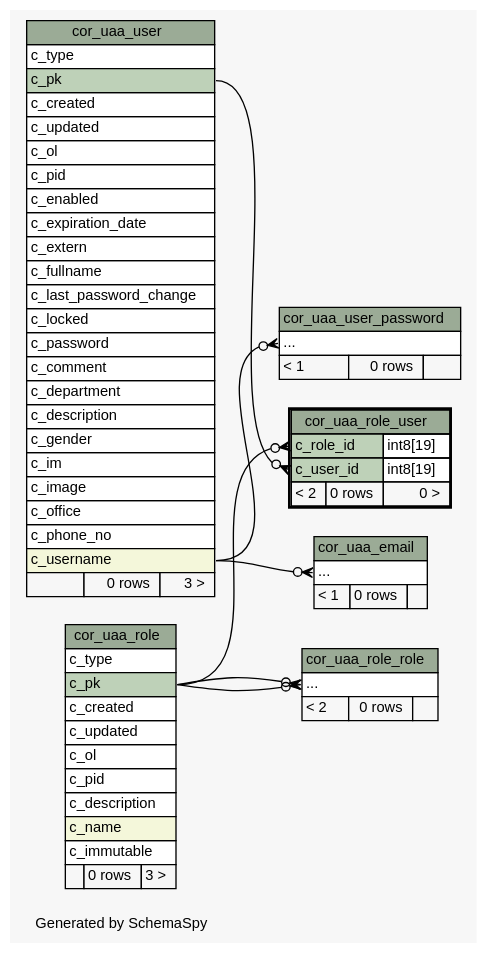
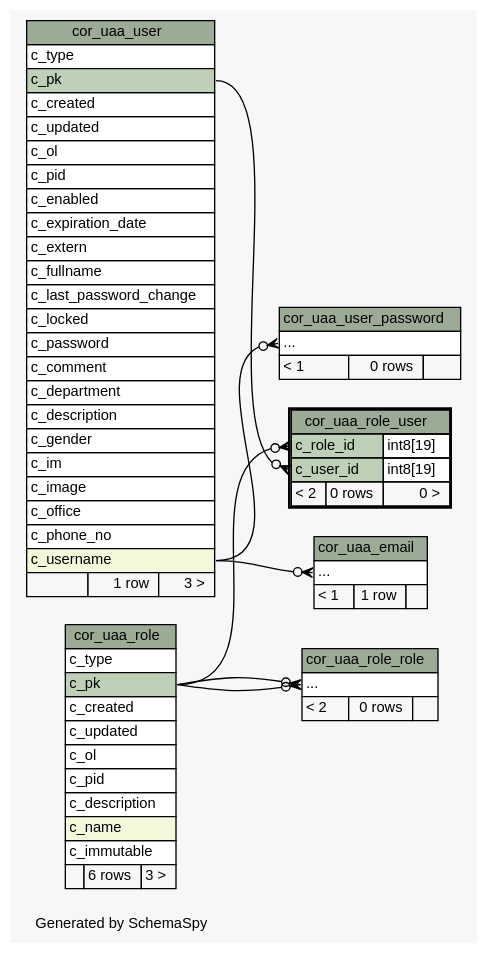
The diagram in 1.1.0-SNAPSHOT/schemaspy/diagrams/cor_uaa_role_user.2degrees.dot (openwms/org.openwms.core.uaa), drawn with Graphviz before and after one commit. The commit also changed 240 other files, not shown here.

```diff
--- a/1.1.0-SNAPSHOT/schemaspy/diagrams/cor_uaa_role_user.2degrees.dot
+++ b/1.1.0-SNAPSHOT/schemaspy/diagrams/cor_uaa_role_user.2degrees.dot
@@ -1,118 +1,118 @@
-// dot 2.43.0 on Linux 5.4.0-1039-azure
+// dot 2.43.0 on Linux 5.4.0-1043-azure
 // SchemaSpy rev Unknown
 digraph "twoDegreesRelationshipsDiagram" {
   graph [
     rankdir="RL"
     bgcolor="#f7f7f7"
     label="\nGenerated by SchemaSpy"
     labeljust="l"
     nodesep="0.18"
     ranksep="0.46"
     fontname="Helvetica"
     fontsize="11"
   ];
   node [
     fontname="Helvetica"
     fontsize="11"
     shape="plaintext"
   ];
   edge [
     arrowsize="0.8"
   ];
   "cor_uaa_email":"elipses":w -> "cor_uaa_user":"c_username":e [arrowhead=none dir=back arrowtail=crowodot];
   "cor_uaa_role_role":"elipses":w -> "cor_uaa_role":"c_pk":e [arrowhead=none dir=back arrowtail=crowodot];
   "cor_uaa_role_role":"elipses":w -> "cor_uaa_role":"c_pk":e [arrowhead=none dir=back arrowtail=crowodot];
   "cor_uaa_role_user":"c_role_id":w -> "cor_uaa_role":"c_pk":e [arrowhead=none dir=back arrowtail=crowodot];
   "cor_uaa_role_user":"c_user_id":w -> "cor_uaa_user":"c_pk":e [arrowhead=none dir=back arrowtail=crowodot];
   "cor_uaa_user_password":"elipses":w -> "cor_uaa_user":"c_username":e [arrowhead=none dir=back arrowtail=crowodot];
   "cor_uaa_email" [
     label=<
     <TABLE BORDER="0" CELLBORDER="1" CELLSPACING="0" BGCOLOR="#ffffff">
       <TR><TD COLSPAN="3" BGCOLOR="#9bab96" ALIGN="CENTER">cor_uaa_email</TD></TR>
       <TR><TD PORT="elipses" COLSPAN="3" ALIGN="LEFT">...</TD></TR>
-      <TR><TD ALIGN="LEFT" BGCOLOR="#f7f7f7">&lt; 1</TD><TD ALIGN="RIGHT" BGCOLOR="#f7f7f7">0 rows</TD><TD ALIGN="RIGHT" BGCOLOR="#f7f7f7">  </TD></TR>
+      <TR><TD ALIGN="LEFT" BGCOLOR="#f7f7f7">&lt; 1</TD><TD ALIGN="RIGHT" BGCOLOR="#f7f7f7">1 row</TD><TD ALIGN="RIGHT" BGCOLOR="#f7f7f7">  </TD></TR>
     </TABLE>>
     URL="cor_uaa_email.html"
     tooltip="cor_uaa_email"
   ];
   "cor_uaa_role" [
     label=<
     <TABLE BORDER="0" CELLBORDER="1" CELLSPACING="0" BGCOLOR="#ffffff">
       <TR><TD COLSPAN="3" BGCOLOR="#9bab96" ALIGN="CENTER">cor_uaa_role</TD></TR>
       <TR><TD PORT="c_type" COLSPAN="3" ALIGN="LEFT">c_type</TD></TR>
       <TR><TD PORT="c_pk" COLSPAN="3" BGCOLOR="#bed1b8" ALIGN="LEFT">c_pk</TD></TR>
       <TR><TD PORT="c_created" COLSPAN="3" ALIGN="LEFT">c_created</TD></TR>
       <TR><TD PORT="c_updated" COLSPAN="3" ALIGN="LEFT">c_updated</TD></TR>
       <TR><TD PORT="c_ol" COLSPAN="3" ALIGN="LEFT">c_ol</TD></TR>
       <TR><TD PORT="c_pid" COLSPAN="3" ALIGN="LEFT">c_pid</TD></TR>
       <TR><TD PORT="c_description" COLSPAN="3" ALIGN="LEFT">c_description</TD></TR>
       <TR><TD PORT="c_name" COLSPAN="3" BGCOLOR="#f4f7da" ALIGN="LEFT">c_name</TD></TR>
       <TR><TD PORT="c_immutable" COLSPAN="3" ALIGN="LEFT">c_immutable</TD></TR>
-      <TR><TD ALIGN="LEFT" BGCOLOR="#f7f7f7">  </TD><TD ALIGN="RIGHT" BGCOLOR="#f7f7f7">0 rows</TD><TD ALIGN="RIGHT" BGCOLOR="#f7f7f7">3 &gt;</TD></TR>
+      <TR><TD ALIGN="LEFT" BGCOLOR="#f7f7f7">  </TD><TD ALIGN="RIGHT" BGCOLOR="#f7f7f7">6 rows</TD><TD ALIGN="RIGHT" BGCOLOR="#f7f7f7">3 &gt;</TD></TR>
     </TABLE>>
     URL="cor_uaa_role.html"
     tooltip="cor_uaa_role"
   ];
   "cor_uaa_role_role" [
     label=<
     <TABLE BORDER="0" CELLBORDER="1" CELLSPACING="0" BGCOLOR="#ffffff">
       <TR><TD COLSPAN="3" BGCOLOR="#9bab96" ALIGN="CENTER">cor_uaa_role_role</TD></TR>
       <TR><TD PORT="elipses" COLSPAN="3" ALIGN="LEFT">...</TD></TR>
       <TR><TD ALIGN="LEFT" BGCOLOR="#f7f7f7">&lt; 2</TD><TD ALIGN="RIGHT" BGCOLOR="#f7f7f7">0 rows</TD><TD ALIGN="RIGHT" BGCOLOR="#f7f7f7">  </TD></TR>
     </TABLE>>
     URL="cor_uaa_role_role.html"
     tooltip="cor_uaa_role_role"
   ];
   "cor_uaa_role_user" [
     label=<
     <TABLE BORDER="2" CELLBORDER="1" CELLSPACING="0" BGCOLOR="#ffffff">
       <TR><TD COLSPAN="3" BGCOLOR="#9bab96" ALIGN="CENTER">cor_uaa_role_user</TD></TR>
       <TR><TD PORT="c_role_id" COLSPAN="2" BGCOLOR="#bed1b8" ALIGN="LEFT">c_role_id</TD><TD PORT="c_role_id.type" ALIGN="LEFT">int8[19]</TD></TR>
       <TR><TD PORT="c_user_id" COLSPAN="2" BGCOLOR="#bed1b8" ALIGN="LEFT">c_user_id</TD><TD PORT="c_user_id.type" ALIGN="LEFT">int8[19]</TD></TR>
       <TR><TD ALIGN="LEFT" BGCOLOR="#f7f7f7">&lt; 2</TD><TD ALIGN="RIGHT" BGCOLOR="#f7f7f7">0 rows</TD><TD ALIGN="RIGHT" BGCOLOR="#f7f7f7">0 &gt;</TD></TR>
     </TABLE>>
     URL="cor_uaa_role_user.html"
     tooltip="cor_uaa_role_user"
   ];
   "cor_uaa_user" [
     label=<
     <TABLE BORDER="0" CELLBORDER="1" CELLSPACING="0" BGCOLOR="#ffffff">
       <TR><TD COLSPAN="3" BGCOLOR="#9bab96" ALIGN="CENTER">cor_uaa_user</TD></TR>
       <TR><TD PORT="c_type" COLSPAN="3" ALIGN="LEFT">c_type</TD></TR>
       <TR><TD PORT="c_pk" COLSPAN="3" BGCOLOR="#bed1b8" ALIGN="LEFT">c_pk</TD></TR>
       <TR><TD PORT="c_created" COLSPAN="3" ALIGN="LEFT">c_created</TD></TR>
       <TR><TD PORT="c_updated" COLSPAN="3" ALIGN="LEFT">c_updated</TD></TR>
       <TR><TD PORT="c_ol" COLSPAN="3" ALIGN="LEFT">c_ol</TD></TR>
       <TR><TD PORT="c_pid" COLSPAN="3" ALIGN="LEFT">c_pid</TD></TR>
       <TR><TD PORT="c_enabled" COLSPAN="3" ALIGN="LEFT">c_enabled</TD></TR>
       <TR><TD PORT="c_expiration_date" COLSPAN="3" ALIGN="LEFT">c_expiration_date</TD></TR>
       <TR><TD PORT="c_extern" COLSPAN="3" ALIGN="LEFT">c_extern</TD></TR>
       <TR><TD PORT="c_fullname" COLSPAN="3" ALIGN="LEFT">c_fullname</TD></TR>
       <TR><TD PORT="c_last_password_change" COLSPAN="3" ALIGN="LEFT">c_last_password_change</TD></TR>
       <TR><TD PORT="c_locked" COLSPAN="3" ALIGN="LEFT">c_locked</TD></TR>
       <TR><TD PORT="c_password" COLSPAN="3" ALIGN="LEFT">c_password</TD></TR>
       <TR><TD PORT="c_comment" COLSPAN="3" ALIGN="LEFT">c_comment</TD></TR>
       <TR><TD PORT="c_department" COLSPAN="3" ALIGN="LEFT">c_department</TD></TR>
       <TR><TD PORT="c_description" COLSPAN="3" ALIGN="LEFT">c_description</TD></TR>
       <TR><TD PORT="c_gender" COLSPAN="3" ALIGN="LEFT">c_gender</TD></TR>
       <TR><TD PORT="c_im" COLSPAN="3" ALIGN="LEFT">c_im</TD></TR>
       <TR><TD PORT="c_image" COLSPAN="3" ALIGN="LEFT">c_image</TD></TR>
       <TR><TD PORT="c_office" COLSPAN="3" ALIGN="LEFT">c_office</TD></TR>
       <TR><TD PORT="c_phone_no" COLSPAN="3" ALIGN="LEFT">c_phone_no</TD></TR>
       <TR><TD PORT="c_username" COLSPAN="3" BGCOLOR="#f4f7da" ALIGN="LEFT">c_username</TD></TR>
-      <TR><TD ALIGN="LEFT" BGCOLOR="#f7f7f7">  </TD><TD ALIGN="RIGHT" BGCOLOR="#f7f7f7">0 rows</TD><TD ALIGN="RIGHT" BGCOLOR="#f7f7f7">3 &gt;</TD></TR>
+      <TR><TD ALIGN="LEFT" BGCOLOR="#f7f7f7">  </TD><TD ALIGN="RIGHT" BGCOLOR="#f7f7f7">1 row</TD><TD ALIGN="RIGHT" BGCOLOR="#f7f7f7">3 &gt;</TD></TR>
     </TABLE>>
     URL="cor_uaa_user.html"
     tooltip="cor_uaa_user"
   ];
   "cor_uaa_user_password" [
     label=<
     <TABLE BORDER="0" CELLBORDER="1" CELLSPACING="0" BGCOLOR="#ffffff">
       <TR><TD COLSPAN="3" BGCOLOR="#9bab96" ALIGN="CENTER">cor_uaa_user_password</TD></TR>
       <TR><TD PORT="elipses" COLSPAN="3" ALIGN="LEFT">...</TD></TR>
       <TR><TD ALIGN="LEFT" BGCOLOR="#f7f7f7">&lt; 1</TD><TD ALIGN="RIGHT" BGCOLOR="#f7f7f7">0 rows</TD><TD ALIGN="RIGHT" BGCOLOR="#f7f7f7">  </TD></TR>
     </TABLE>>
     URL="cor_uaa_user_password.html"
     tooltip="cor_uaa_user_password"
   ];
 }
```
